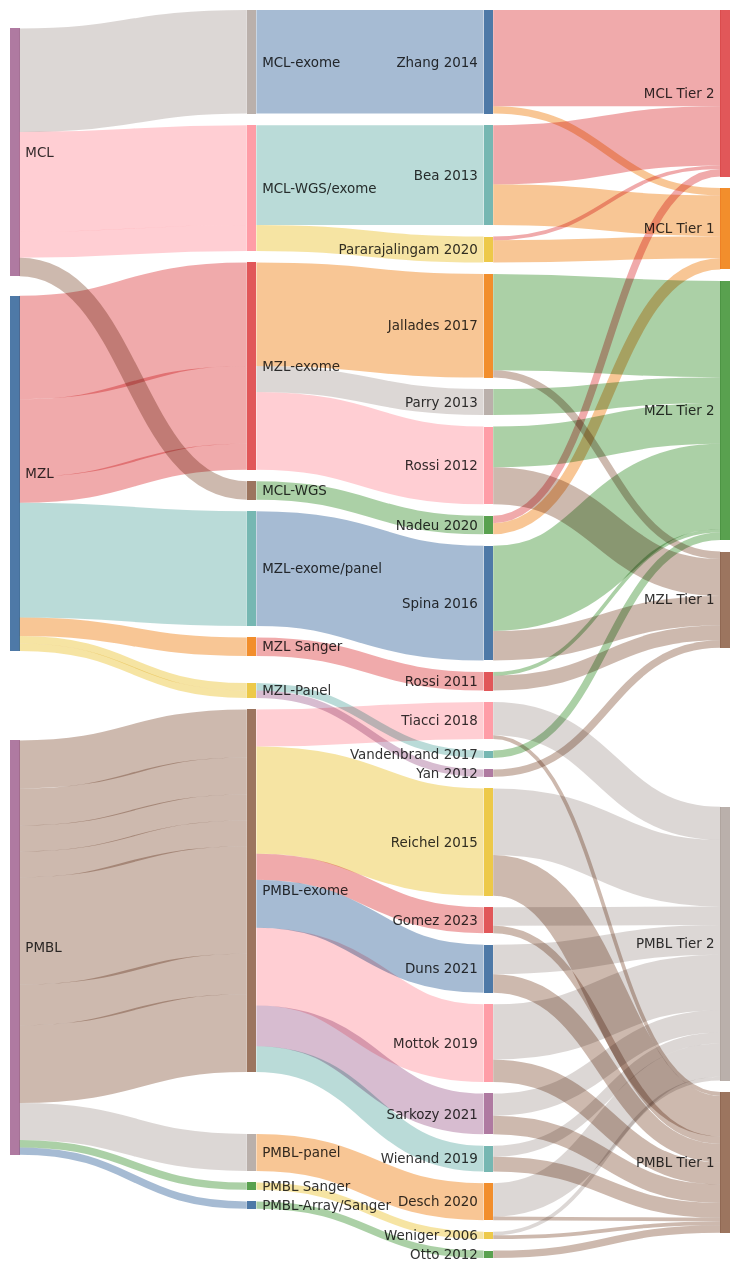
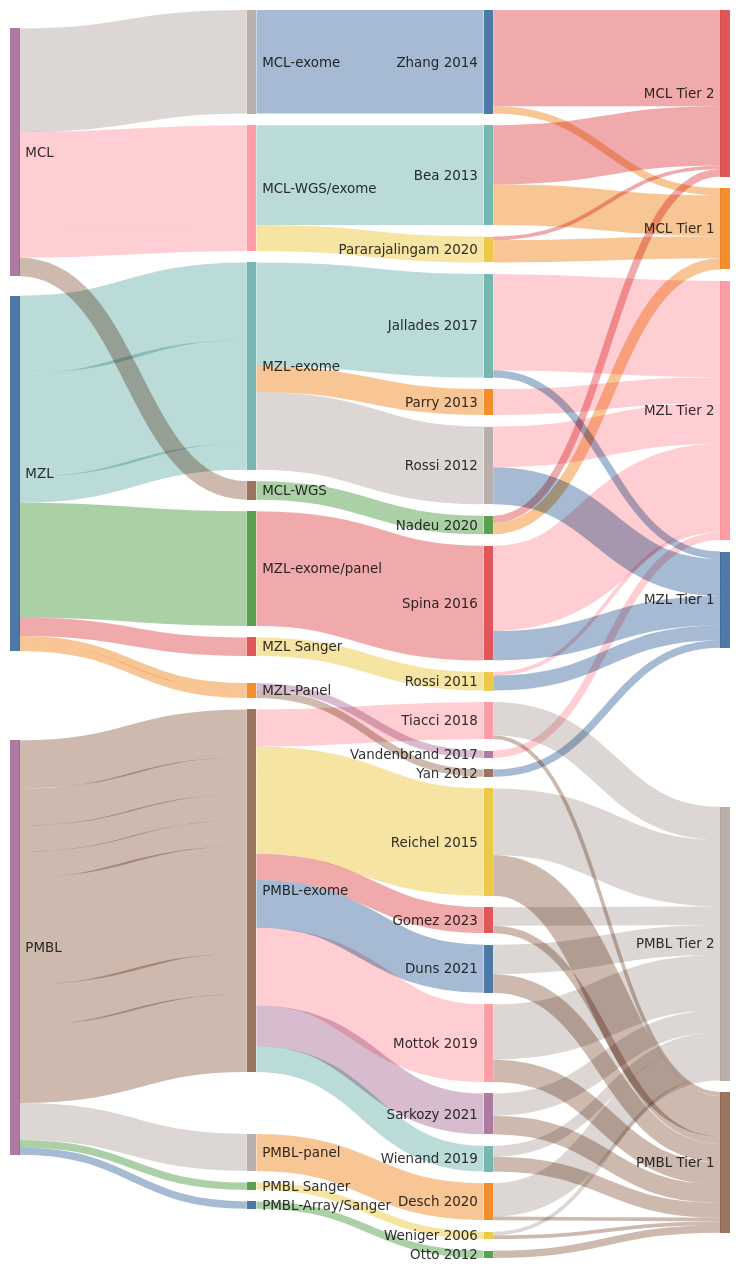
Before and after one commit to morinlab/lymphopedia: the second of 2 diagrams in Home.md, drawn with Mermaid.

```diff
--- a/Home.md
+++ b/Home.md
@@ -178,12 +178,18 @@
 MCL-WGS, Nadeu 2020, 5
 MCL, MCL-exome, 28
 MCL-exome, Zhang 2014, 28
+MZL, MZL-Panel, 2
+MZL, MZL-Panel, 2
 MZL, MZL Sanger, 5
+MZL, MZL-exome, 21
+MZL, MZL-exome, 28
+MZL, MZL-exome, 7
+MZL, MZL-exome/panel, 31
 MZL Sanger, Rossi 2011, 5
 Vandenbrand 2017, MZL Tier 2, 2
-MZL, MZL-Panel, 2
+
 MZL-Panel, Vandenbrand 2017, 2
-MZL, MZL-Panel, 2
+
 MZL-Panel, Yan 2012, 2
 Rossi 2012, MZL Tier 1, 10
 Rossi 2012, MZL Tier 2, 11
@@ -195,13 +201,13 @@
 Jallades 2017, MZL Tier 2, 26
 Rossi 2011, MZL Tier 1, 4
 Rossi 2011, MZL Tier 2, 1
-MZL, MZL-exome, 28
+
 MZL-exome, Jallades 2017, 28
-MZL, MZL-exome/panel, 31
+
 MZL-exome/panel, Spina 2016, 31
-MZL, MZL-exome, 21
+
 MZL-exome, Rossi 2012, 21
-MZL, MZL-exome, 7
+
 MZL-exome, Parry 2013, 7
 PMBL Sanger, Weniger 2006, 2
 PMBL, PMBL Sanger, 2
```
